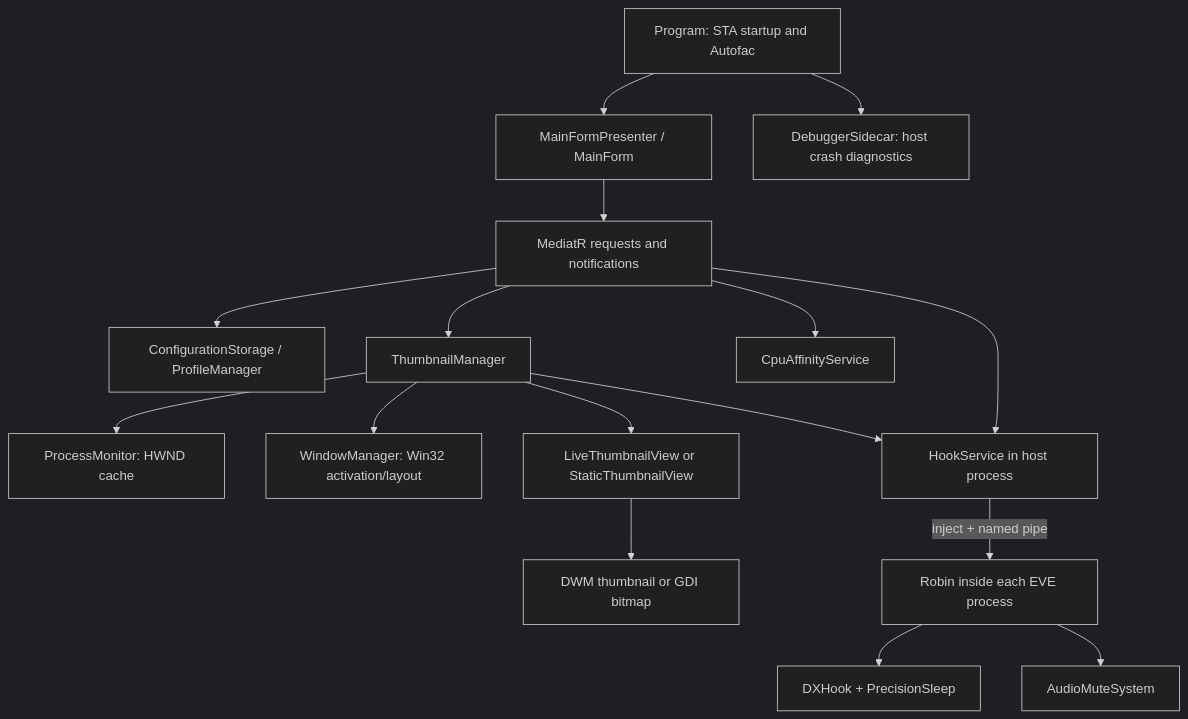
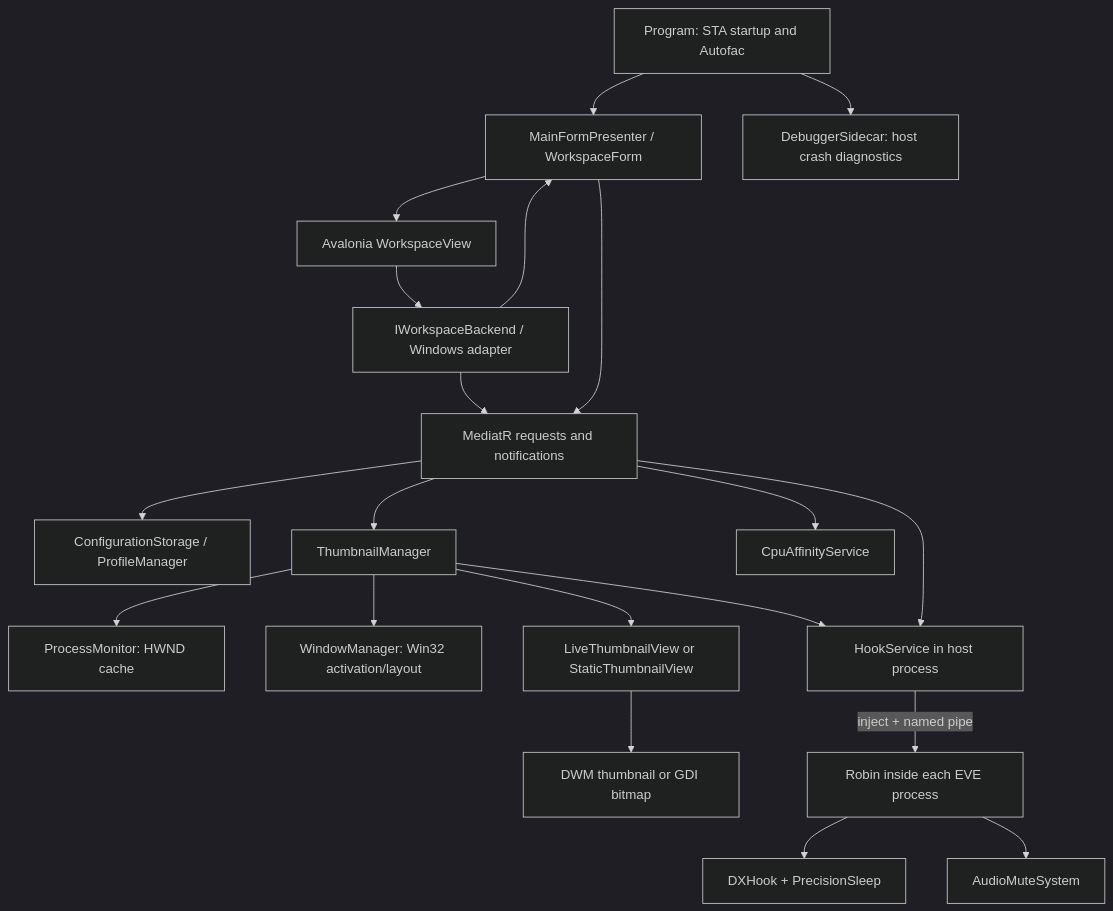
One commit to EveOPlus/eve-o-preview changed the diagram in src/README.md. Above: the diagram before and after it, drawn with Mermaid (dark theme). The commit also changed other lines of this file and 99 other files, not shown here.

````diff
--- a/src/README.md
+++ b/src/README.md
@@ -27,18 +32,22 @@
 ```mermaid
 flowchart TD
-    P[Program: STA startup and Autofac] --> M[MainFormPresenter / MainForm]
+    P[Program: STA startup and Autofac] --> M[MainFormPresenter / WorkspaceForm]
+    M --> UI[Avalonia WorkspaceView]
+    UI --> B[IWorkspaceBackend / Windows adapter]
+    B --> M
+    B --> Q
     M --> Q[MediatR requests and notifications]
     Q --> C[ConfigurationStorage / ProfileManager]
     Q --> T[ThumbnailManager]
     T --> PM[ProcessMonitor: HWND cache]
     T --> W[WindowManager: Win32 activation/layout]
     T --> V[LiveThumbnailView or StaticThumbnailView]
     V --> D[DWM thumbnail or GDI bitmap]
     Q --> CPU[CpuAffinityService]
     T --> H[HookService in host process]
     Q --> H
     H -->|inject + named pipe| R[Robin inside each EVE process]
     R --> DX[DXHook + PrecisionSleep]
     R --> A[AudioMuteSystem]
     P --> S[DebuggerSidecar: host crash diagnostics]
 ```
````
